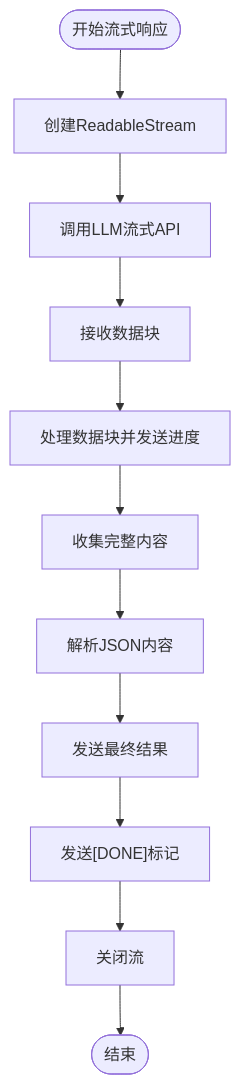
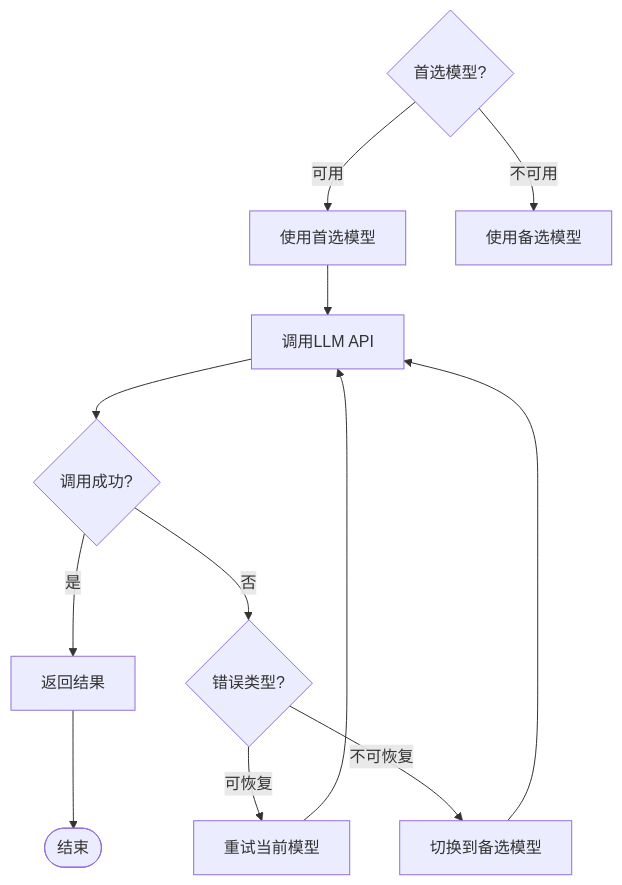
Before and after one commit to JasperLin2333/Flash-Flow: the fourth of 10 diagrams in .qoder/repowiki/zh/content/API接口文档/流程规划接口 (_api_plan).md, drawn with Mermaid. The commit also changed other lines of this file and 19 other files, not shown here.

````diff
--- a/.qoder/repowiki/zh/content/API接口文档/流程规划接口 (_api_plan).md
+++ b/.qoder/repowiki/zh/content/API接口文档/流程规划接口 (_api_plan).md
@@ -142,13 +259,15 @@
 ```mermaid
 flowchart TD
-Start([开始流式响应]) --> CreateStream["创建ReadableStream"]
-CreateStream --> LLMCall["调用LLM流式API"]
-LLMCall --> ReceiveChunk["接收数据块"]
-ReceiveChunk --> ProcessChunk["处理数据块并发送进度"]
-ProcessChunk --> CollectContent["收集完整内容"]
-CollectContent --> ParseJSON["解析JSON内容"]
-ParseJSON --> SendResult["发送最终结果"]
-SendResult --> SendDone["发送[DONE]标记"]
-SendDone --> CloseStream["关闭流"]
-CloseStream --> End([结束])
+CheckProvider{"首选模型?"}
+CheckProvider --> |可用| UsePreferred["使用首选模型"]
+CheckProvider --> |不可用| UseFallback["使用备选模型"]
+UsePreferred --> CallLLM["调用LLM API"]
+CallLLM --> Success{"调用成功?"}
+Success --> |是| ReturnResult["返回结果"]
+Success --> |否| CheckError{"错误类型?"}
+CheckError --> |可恢复| Retry["重试当前模型"]
+CheckError --> |不可恢复| SwitchModel["切换到备选模型"]
+Retry --> CallLLM
+SwitchModel --> CallLLM
+ReturnResult --> End([结束])
 ```
````
